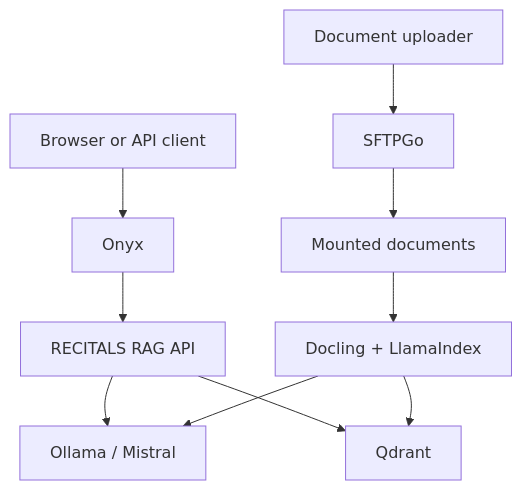
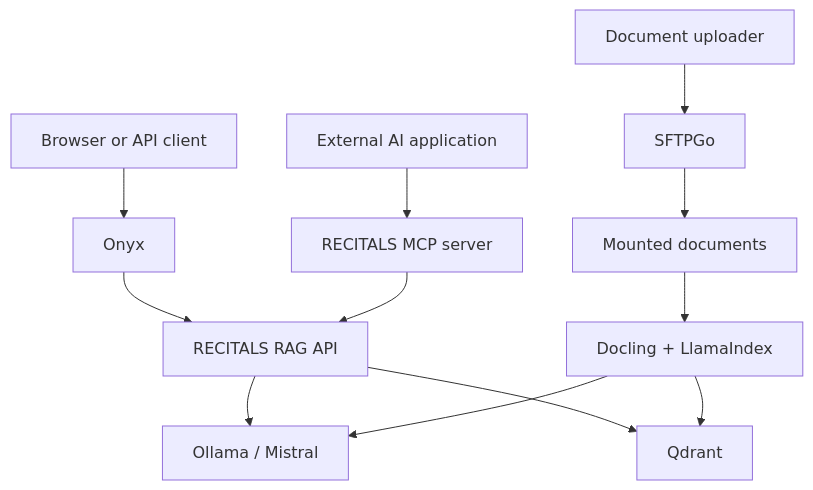
Before and after one commit to PanosKou/aistack: the diagram in README.md, drawn with Mermaid. The commit also changed other lines of this file, not shown here.

Commit message:
Document authenticated RECITALS MCP access

````diff
--- a/README.md
+++ b/README.md
@@ -29,12 +29,14 @@
 ```mermaid
 flowchart TD
     Client["Browser or API client"] --> Onyx
+    AI["External AI application"] --> MCP["RECITALS MCP server"]
     Onyx --> RAG["RECITALS RAG API"]
+    MCP --> RAG
     RAG --> Qdrant
     RAG --> Ollama["Ollama / Mistral"]
     Uploader["Document uploader"] --> SFTPGo
     SFTPGo --> Files["Mounted documents"]
     Files --> Ingest["Docling + LlamaIndex"]
     Ingest --> Ollama
     Ingest --> Qdrant
 ```
````
